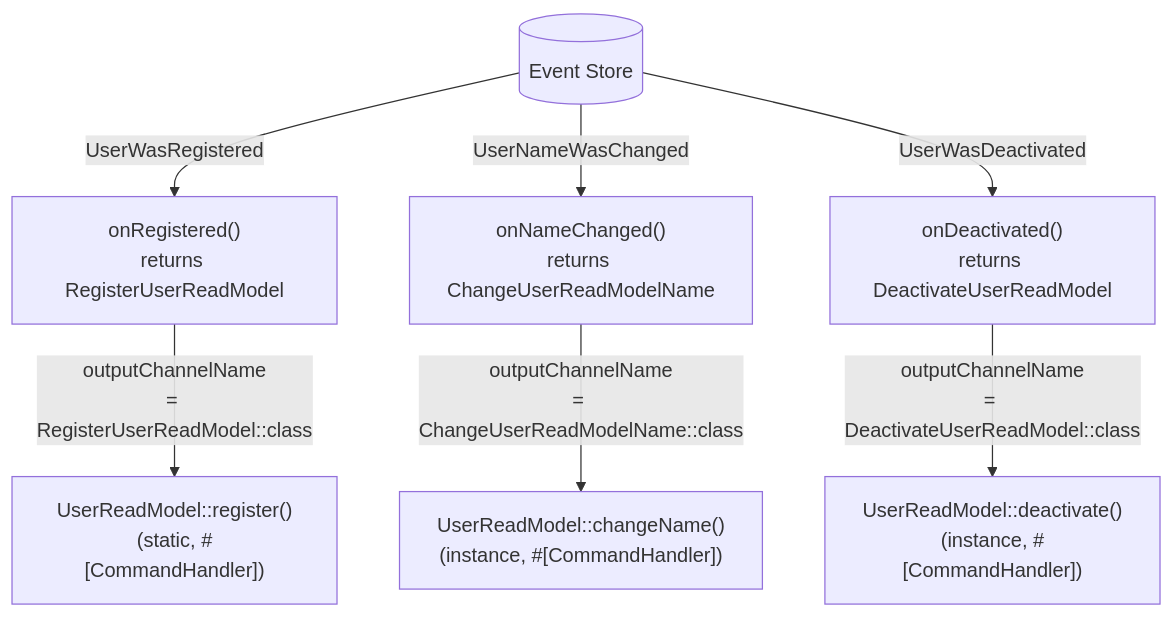
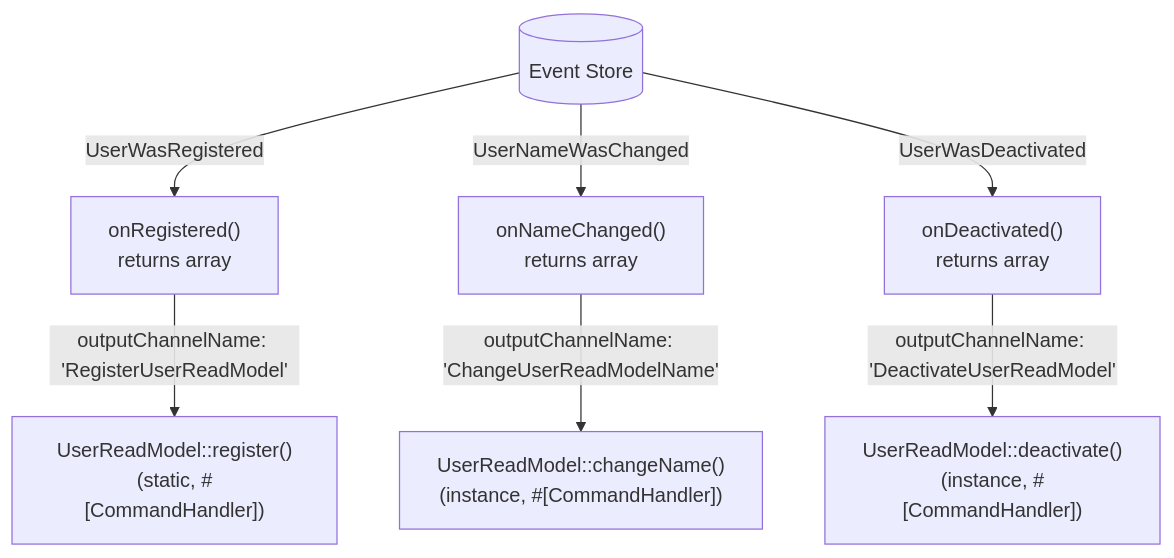
The third of 4 diagrams in quickstart-examples/Laravel/Projection/EloquentReadModel/README.md (ecotoneframework/ecotone-dev), drawn with Mermaid before and after one commit. The commit also changed other lines of this file and 5 other files, not shown here.

First line of the commit message:
refactor(EloquentReadModel): drop command DTOs, project arrays directly

````diff
--- a/quickstart-examples/Laravel/Projection/EloquentReadModel/README.md
+++ b/quickstart-examples/Laravel/Projection/EloquentReadModel/README.md
@@ -64,9 +63,9 @@
 ```mermaid
 flowchart TD
-    ES[(Event Store)] -->|UserWasRegistered| P1["onRegistered()\nreturns RegisterUserReadModel"]
-    ES -->|UserNameWasChanged| P2["onNameChanged()\nreturns ChangeUserReadModelName"]
-    ES -->|UserWasDeactivated| P3["onDeactivated()\nreturns DeactivateUserReadModel"]
-    P1 -->|outputChannelName\n= RegisterUserReadModel::class| AGG["UserReadModel::register()\n(static, #[CommandHandler])"]
-    P2 -->|outputChannelName\n= ChangeUserReadModelName::class| AGG2["UserReadModel::changeName()\n(instance, #[CommandHandler])"]
-    P3 -->|outputChannelName\n= DeactivateUserReadModel::class| AGG3["UserReadModel::deactivate()\n(instance, #[CommandHandler])"]
+    ES[(Event Store)] -->|UserWasRegistered| P1["onRegistered()\nreturns array"]
+    ES -->|UserNameWasChanged| P2["onNameChanged()\nreturns array"]
+    ES -->|UserWasDeactivated| P3["onDeactivated()\nreturns array"]
+    P1 -->|outputChannelName: 'RegisterUserReadModel'| AGG["UserReadModel::register()\n(static, #[CommandHandler])"]
+    P2 -->|outputChannelName: 'ChangeUserReadModelName'| AGG2["UserReadModel::changeName()\n(instance, #[CommandHandler])"]
+    P3 -->|outputChannelName: 'DeactivateUserReadModel'| AGG3["UserReadModel::deactivate()\n(instance, #[CommandHandler])"]
 ```
````
